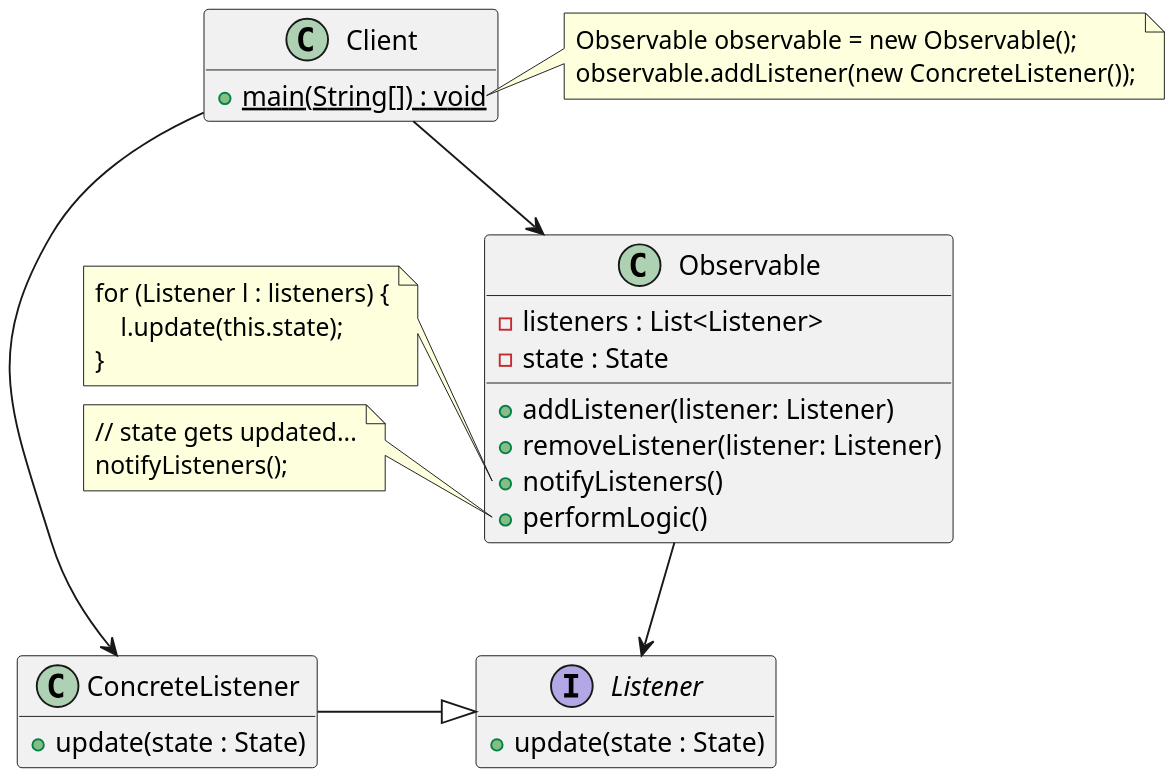
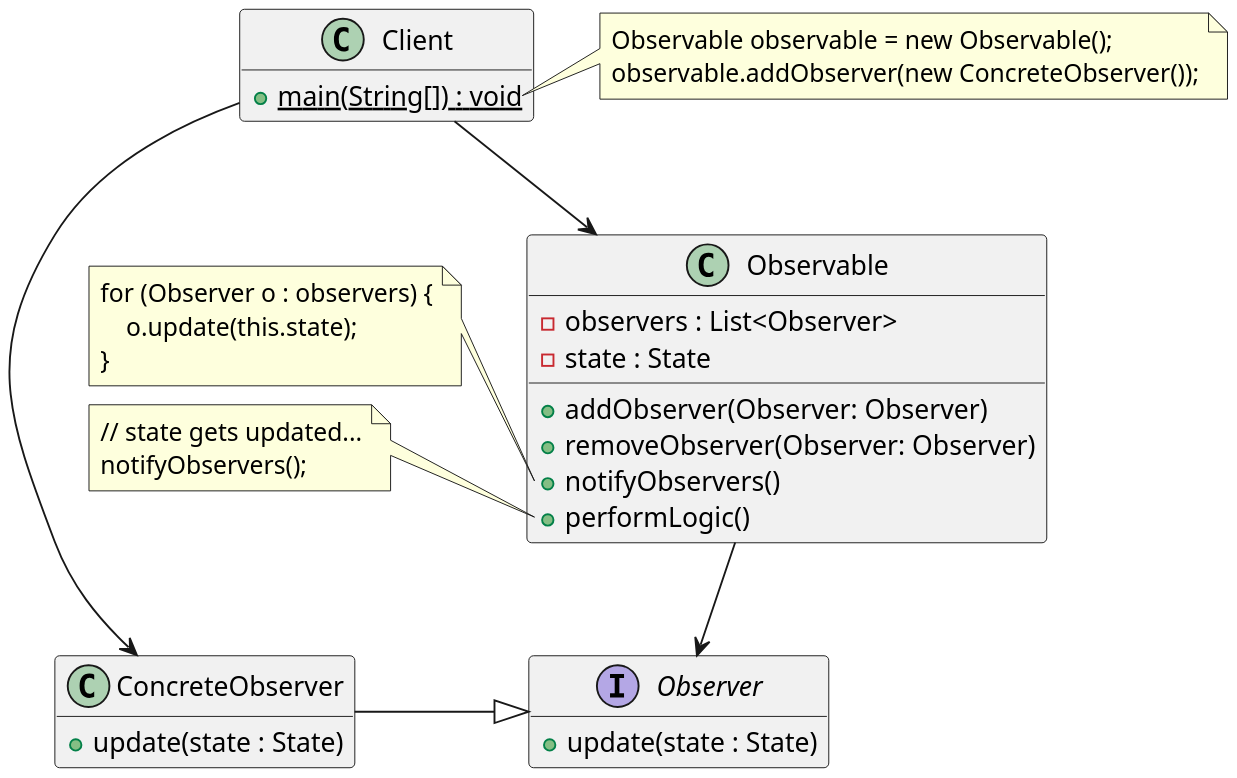
Before and after one commit to CSC207-UofT/207-course-notes: the diagram in plantuml/observer.puml, drawn with PlantUML. The commit also changed 1 other file, not shown here.

Commit message:
updated the observer diagram

```diff
--- a/plantuml/observer.puml
+++ b/plantuml/observer.puml
@@ -1,47 +1,47 @@
 @startuml
 skinparam dpi 200
 hide empty members
 
-interface Listener {
+interface Observer {
     + update(state : State)
 }
 
 class Observable {
-    - listeners : List<Listener>
+    - observers : List<Observer>
     - state : State
-    + addListener(listener: Listener)
-    + removeListener(listener: Listener)
-    + notifyListeners()
+    + addObserver(Observer: Observer)
+    + removeObserver(Observer: Observer)
+    + notifyObservers()
     + performLogic()
 }
 
 class Client {
     + {static} main(String[]) : void
 }
 
-class ConcreteListener {
+class ConcreteObserver {
     + update(state : State)
 }
 
-Observable --> Listener
-ConcreteListener -|> Listener
+Observable --> Observer
+ConcreteObserver -|> Observer
 Client --> Observable
-Client --> ConcreteListener
+Client --> ConcreteObserver
 
 note right of Client::main
   Observable observable = new Observable();
-  observable.addListener(new ConcreteListener());
+  observable.addObserver(new ConcreteObserver());
 end note
 
-note left of Observable::notifyListeners
-  for (Listener l : listeners) {
-      l.update(this.state);
+note left of Observable::notifyObservers
+  for (Observer o : observers) {
+      o.update(this.state);
   }
 end note
 
 note left of Observable::performLogic
   // state gets updated...
-  notifyListeners();
+  notifyObservers();
 end note
 
 @enduml
```
